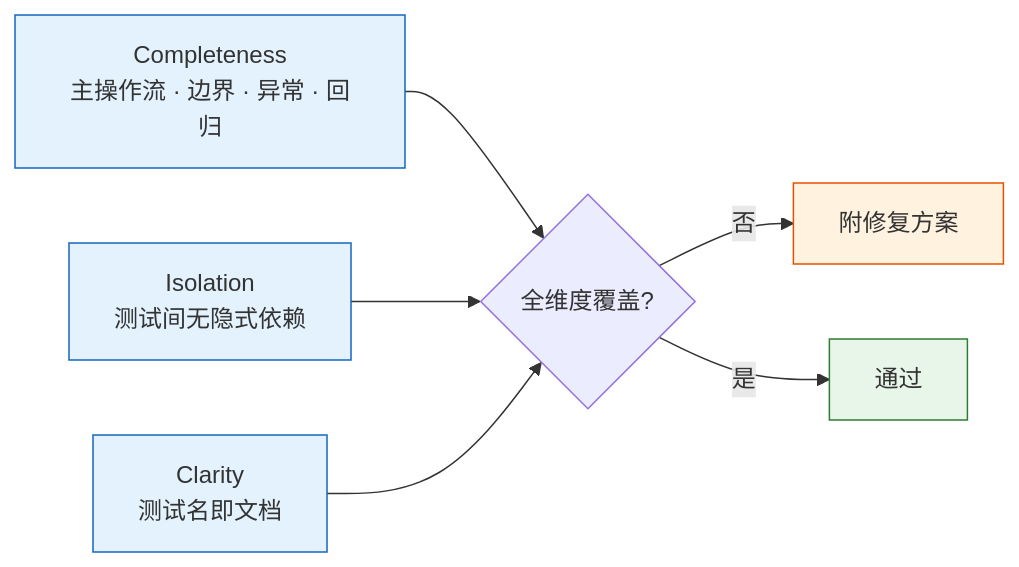
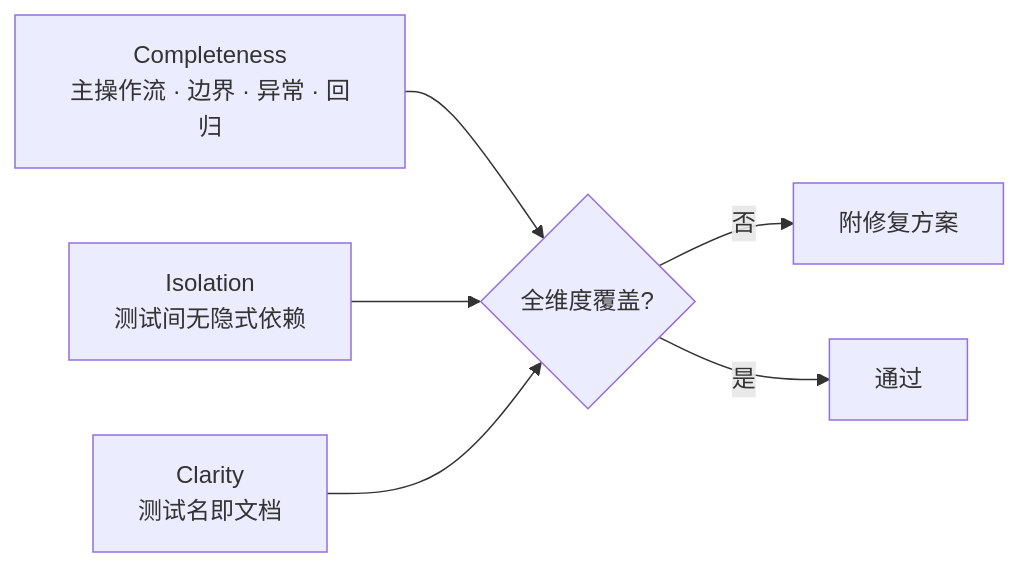
One commit to effiy/YrY changed the fifth of 7 diagrams in agents/tester.md. Above: the diagram before and after it, drawn with Mermaid. The commit also changed other lines of this file and 9 other files, not shown here.

````diff
--- a/agents/tester.md
+++ b/agents/tester.md
@@ -119,12 +106,9 @@
 ```mermaid
 flowchart LR
     COM["Completeness<br/>主操作流 · 边界 · 异常 · 回归"]:::dim --> CHK{"全维度覆盖?"}
     ISO["Isolation<br/>测试间无隐式依赖"]:::dim --> CHK
     CLA["Clarity<br/>测试名即文档"]:::dim --> CHK
     CHK -->|"否"| FIX["附修复方案"]:::out
     CHK -->|"是"| PASS["通过"]:::ok
 
-    classDef dim fill:#e3f2fd,stroke:#1565c0;
-    classDef out fill:#fff3e0,stroke:#e65100;
-    classDef ok fill:#e8f5e9,stroke:#2e7d32;
 ```
````
